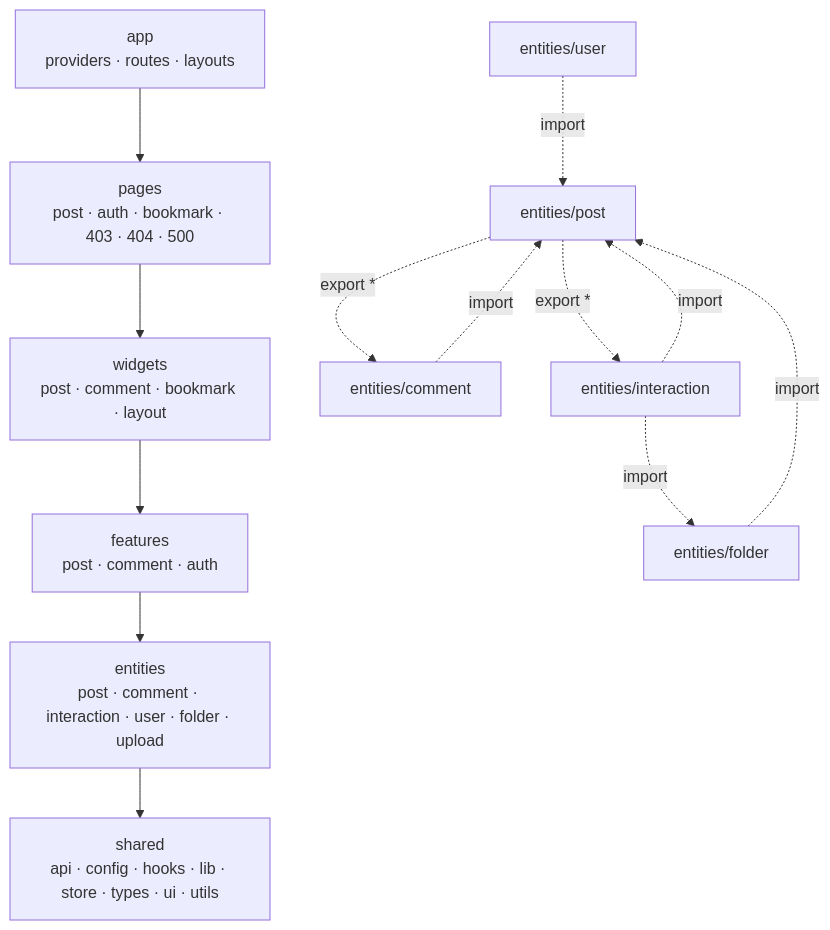
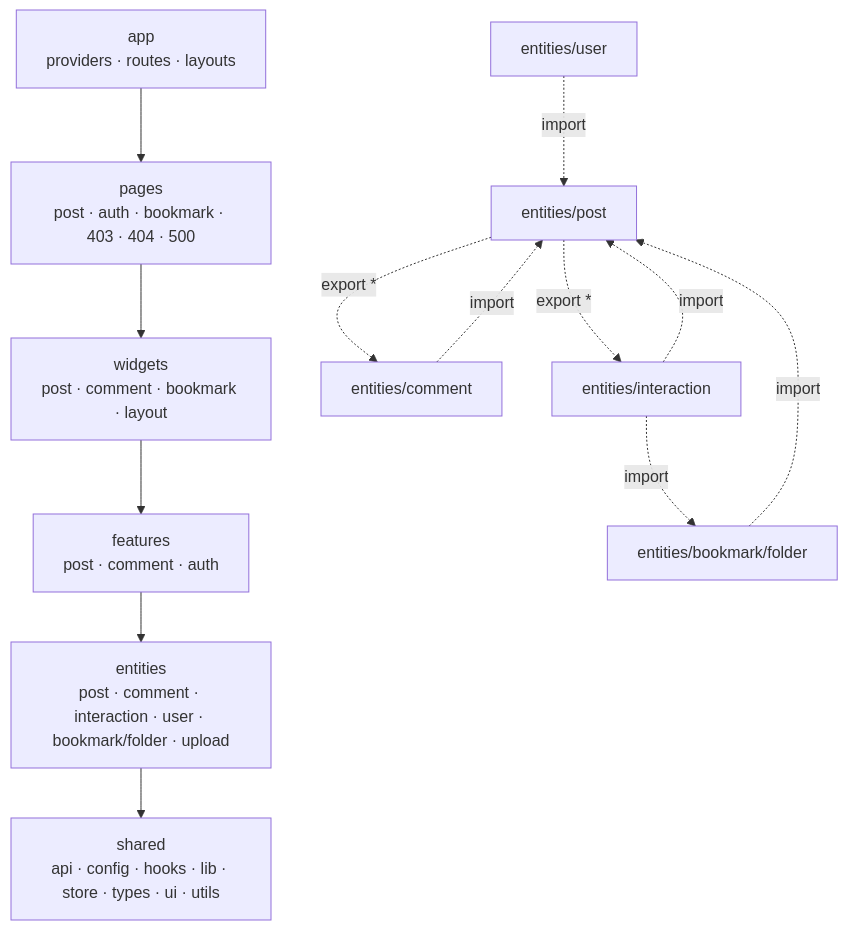
Before and after one commit to BAECHAN/link-sphere_FE_NEW: the diagram in docs/FE-ARCHITECTURE.md, drawn with Mermaid. The commit also changed other lines of this file and 32 other files, not shown here.

First line of the commit message:
refactor(bookmark): entities/folder를 entities/bookmark/folder로 그룹화

````diff
--- a/docs/FE-ARCHITECTURE.md
+++ b/docs/FE-ARCHITECTURE.md
@@ -58,16 +58,16 @@
 ```mermaid
 flowchart TD
   App["app<br/>providers · routes · layouts"] --> Pages["pages<br/>post · auth · bookmark · 403 · 404 · 500"]
   Pages --> Widgets["widgets<br/>post · comment · bookmark · layout"]
   Widgets --> Features["features<br/>post · comment · auth"]
-  Features --> Entities["entities<br/>post · comment · interaction · user · folder · upload"]
+  Features --> Entities["entities<br/>post · comment · interaction · user · bookmark/folder · upload"]
   Entities --> Shared["shared<br/>api · config · hooks · lib · store · types · ui · utils"]
 
   EPost["entities/post"] -.export *.-> EComment["entities/comment"]
   EPost -.export *.-> EInteraction["entities/interaction"]
-  EFolder["entities/folder"] -.import.-> EPost
+  EFolder["entities/bookmark/folder"] -.import.-> EPost
   EComment -.import.-> EPost
   EInteraction -.import.-> EPost
   EInteraction -.import.-> EFolder
   EUser["entities/user"] -.import.-> EPost
 ```
````
